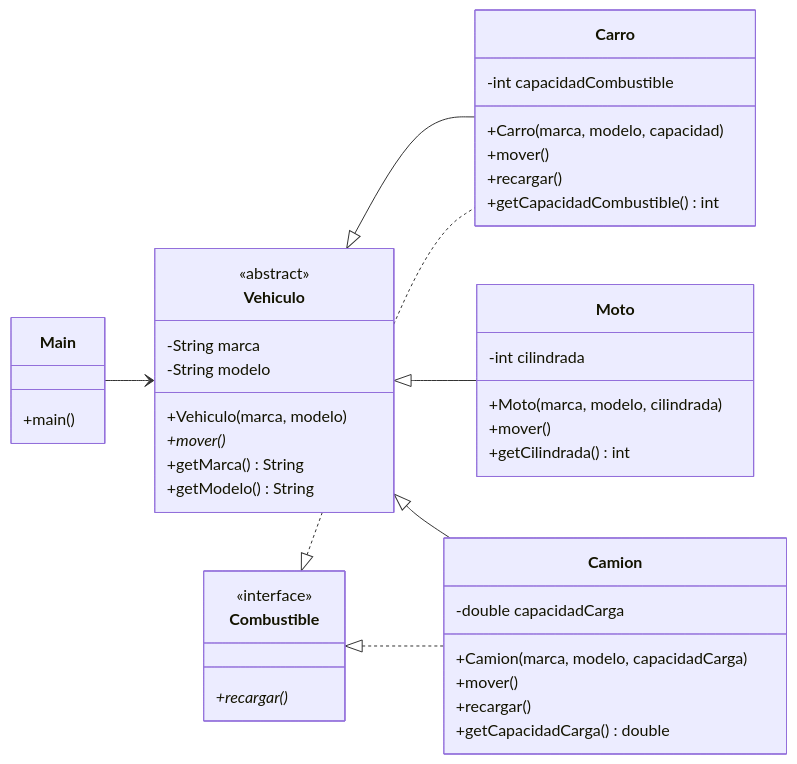
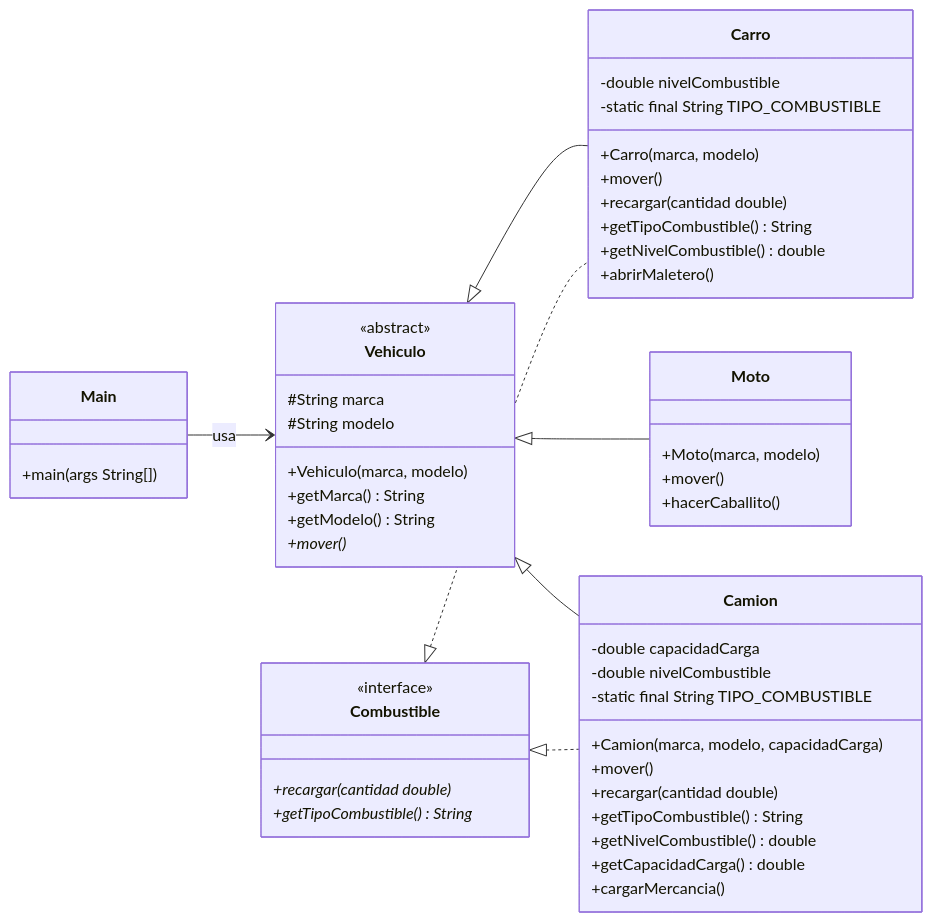
One commit to c04o/herencia-polimorfismo changed the diagram in README.md. Above: the diagram before and after it, drawn with Mermaid.

Commit message:
Update diagram to be accurate with src classes and interfaces

````diff
--- a/README.md
+++ b/README.md
@@ -10,53 +10,61 @@
 ```mermaid
 classDiagram
     direction LR
     
     class Vehiculo {
         <<abstract>>
-        -String marca
-        -String modelo
+        #String marca
+        #String modelo
         +Vehiculo(marca, modelo)
-        +mover()*
         +getMarca() String
         +getModelo() String
+        +mover()*
     }
     
     class Combustible {
         <<interface>>
-        +recargar()*
+        +recargar(cantidad double)*
+        +getTipoCombustible() String*
     }
     
     class Carro {
-        -int capacidadCombustible
-        +Carro(marca, modelo, capacidad)
+        -double nivelCombustible
+        -static final String TIPO_COMBUSTIBLE
+        +Carro(marca, modelo)
         +mover()
-        +recargar()
-        +getCapacidadCombustible() int
+        +recargar(cantidad double)
+        +getTipoCombustible() String
+        +getNivelCombustible() double
+        +abrirMaletero()
     }
     
     class Moto {
-        -int cilindrada
-        +Moto(marca, modelo, cilindrada)
+        +Moto(marca, modelo)
         +mover()
-        +getCilindrada() int
+        +hacerCaballito()
     }
     
     class Camion {
         -double capacidadCarga
+        -double nivelCombustible
+        -static final String TIPO_COMBUSTIBLE
         +Camion(marca, modelo, capacidadCarga)
         +mover()
-        +recargar()
+        +recargar(cantidad double)
+        +getTipoCombustible() String
+        +getNivelCombustible() double
         +getCapacidadCarga() double
+        +cargarMercancia()
     }
     
     class Main {
-        +main()
+        +main(args String[])
     }
     
     Vehiculo <|-- Carro
     Vehiculo <|-- Moto
     Vehiculo <|-- Camion
     Combustible <|.. Carro
     Combustible <|.. Camion
-    Main --> Vehiculo
+    Main --> Vehiculo : usa
 ```
````
